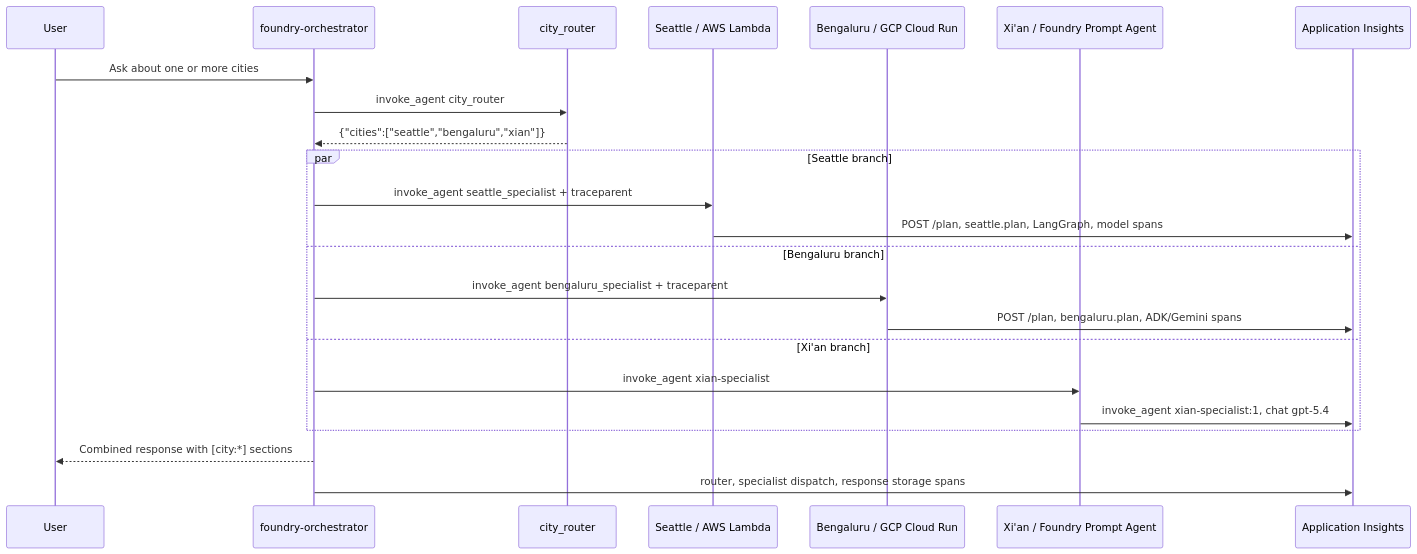
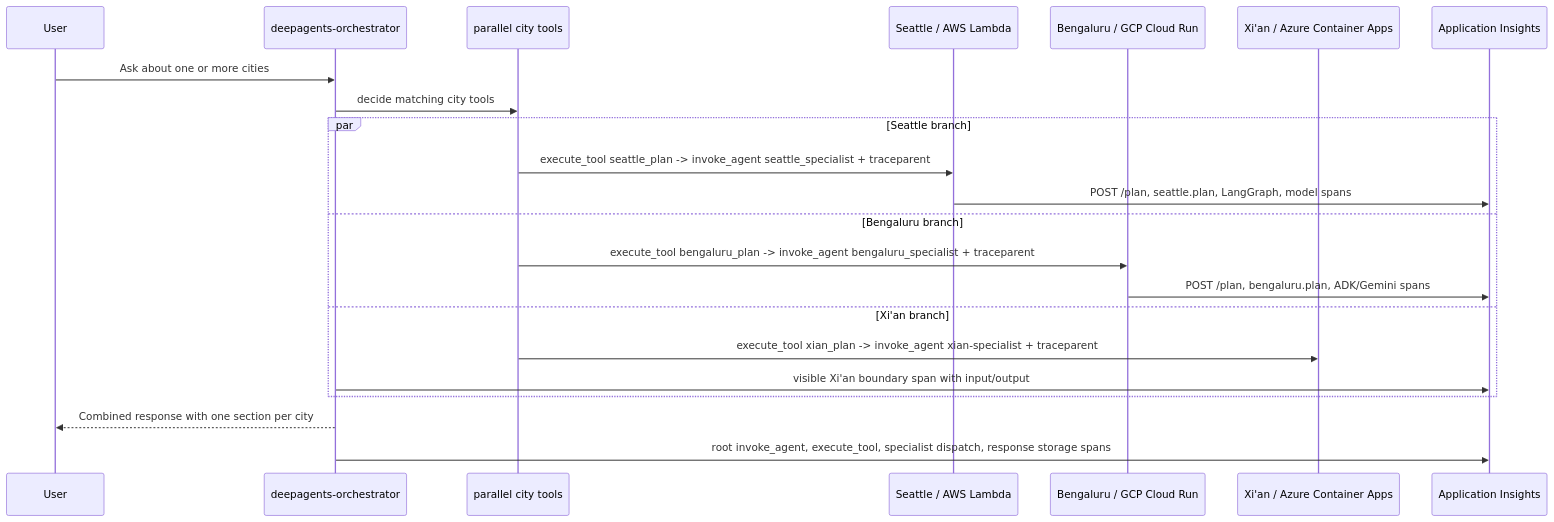
One commit to microsoft/Build26-DEM341-any-agent-any-cloud-standardized-tracing-with-foundry-and-opentelemetry changed the second of 2 diagrams in docs/architecture-diagram.md. Above: the diagram before and after it, drawn with Mermaid. The commit also changed other lines of this file and 48 other files, not shown here.

````diff
--- a/docs/architecture-diagram.md
+++ b/docs/architecture-diagram.md
@@ -43,28 +39,27 @@
 ```mermaid
 sequenceDiagram
     participant U as User
-    participant O as foundry-orchestrator
-    participant R as city_router
+    participant O as deepagents-orchestrator
+    participant T as parallel city tools
     participant S as Seattle / AWS Lambda
     participant B as Bengaluru / GCP Cloud Run
-    participant X as Xi'an / Foundry Prompt Agent
+    participant X as Xi'an / Azure Container Apps
     participant AI as Application Insights
 
     U->>O: Ask about one or more cities
-    O->>R: invoke_agent city_router
-    R-->>O: {"cities":["seattle","bengaluru","xian"]}
+    O->>T: decide matching city tools
 
     par Seattle branch
-        O->>S: invoke_agent seattle_specialist + traceparent
+        T->>S: execute_tool seattle_plan -> invoke_agent seattle_specialist + traceparent
         S->>AI: POST /plan, seattle.plan, LangGraph, model spans
     and Bengaluru branch
-        O->>B: invoke_agent bengaluru_specialist + traceparent
+        T->>B: execute_tool bengaluru_plan -> invoke_agent bengaluru_specialist + traceparent
         B->>AI: POST /plan, bengaluru.plan, ADK/Gemini spans
     and Xi'an branch
-        O->>X: invoke_agent xian-specialist
-        X->>AI: invoke_agent xian-specialist:1, chat gpt-5.4
+        T->>X: execute_tool xian_plan -> invoke_agent xian-specialist + traceparent
+        O->>AI: visible Xi'an boundary span with input/output
     end
 
-    O-->>U: Combined response with [city:*] sections
-    O->>AI: router, specialist dispatch, response storage spans
+    O-->>U: Combined response with one section per city
+    O->>AI: root invoke_agent, execute_tool, specialist dispatch, response storage spans
 ```
````
